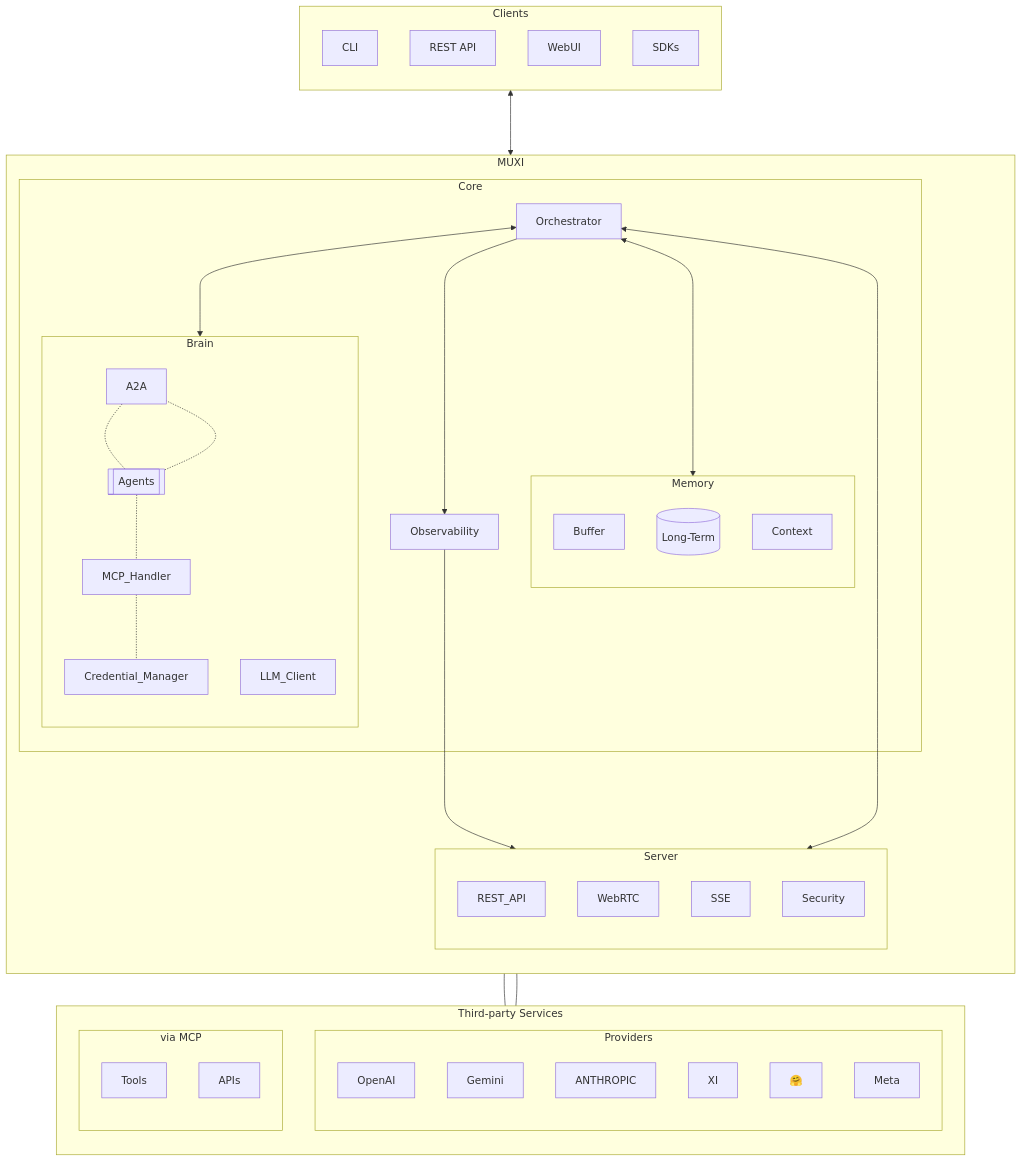
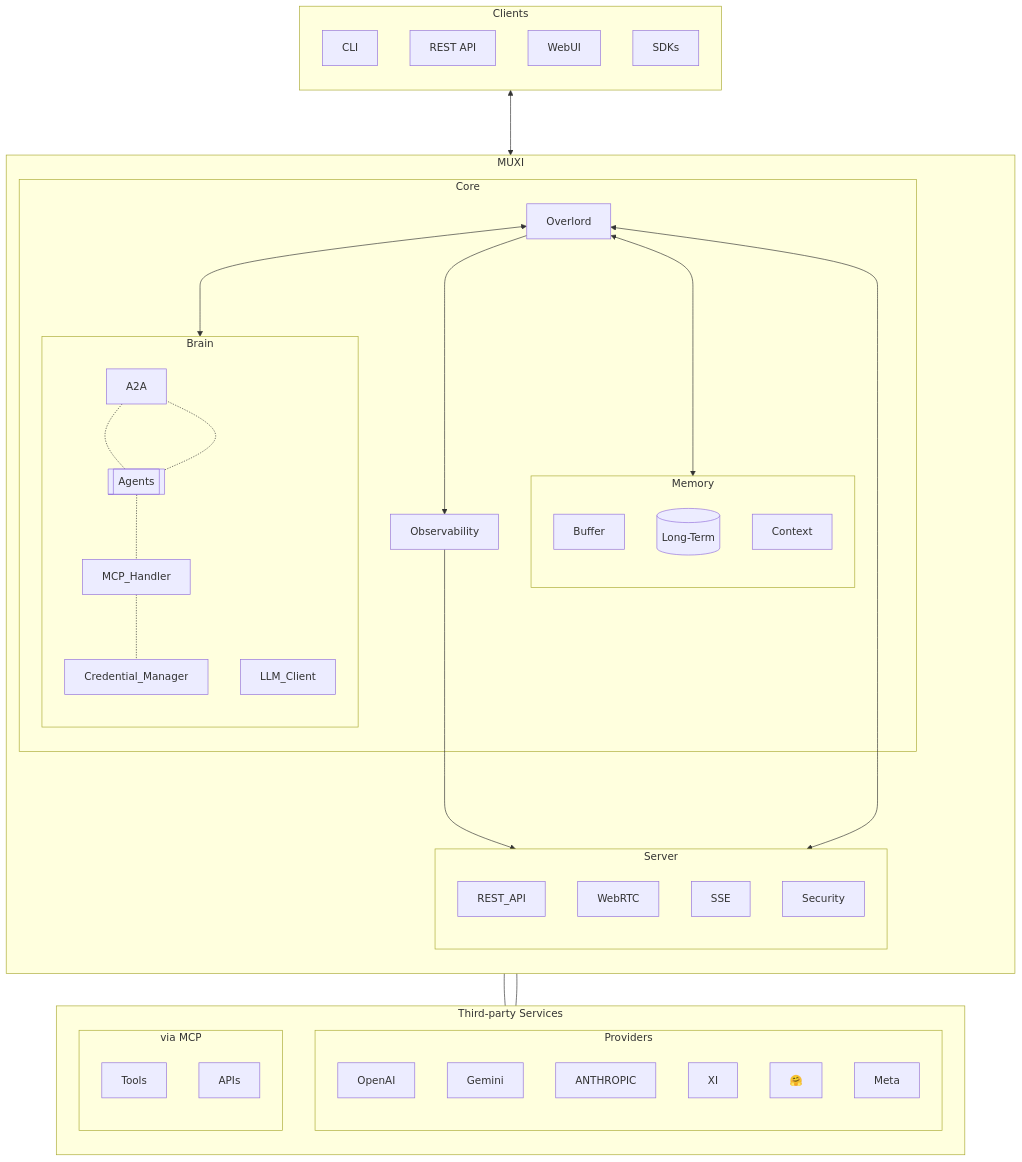
One commit to muxi-ai/runtime changed the diagram in .context/prds/prd-restructure.md. Above: the diagram before and after it, drawn with Mermaid. The commit also changed other lines of this file and 56 other files, not shown here.

First line of the commit message:
Refactor Orchestrator to Overlord across the codebase

````diff
--- a/.context/prds/prd-restructure.md
+++ b/.context/prds/prd-restructure.md
@@ -75,70 +75,70 @@
 ```mermaid
 flowchart TB
     subgraph Third_Party_Services["Third-party Services"]
         direction TB
         subgraph Providers
             direction TB
             OpenAI["OpenAI"]
             Gemini["Gemini"]
             Anthropic["ANTHROPIC"]
             XI["XI"]
             Hugging_Face["🤗"]
             Meta["Meta"]
         end
         subgraph Services["via MCP"]
             direction TB
             Tools["Tools"]
             APIs["APIs"]
         end
     end
 
     subgraph MUXI
         direction TB
         subgraph Server
             direction TB
             REST_API
             WebRTC
             SSE
             Security
         end
         subgraph Core
-            Orchestrator
+            Overlord
             Observability
             subgraph Memory
                 direction TB
                 Buffer
                 Long_Term[(Long-Term)]
                 Context
             end
             subgraph Brain
                 direction TB
                 A2A
                 Agents[[Agents]]
                 MCP_Handler
                 LLM_Client
                 Credential_Manager
             end
         end
     end
 
     subgraph Clients
         direction TB
         CLI["CLI"]
         API["REST API"]
         Web["WebUI"]
         SDKs["SDKs"]
     end
 
     Clients <---> Server
-    Server <---> Orchestrator
-    Orchestrator <---> Brain
-    Orchestrator <---> Memory
-    Orchestrator ---> Observability
+    Server <---> Overlord
+    Overlord <---> Brain
+    Overlord <---> Memory
+    Overlord ---> Observability
     Observability ---> Server
 
     Agents -.- A2A -.- Agents
     Agents -.- MCP_Handler
     LLM_Client --- Providers
     MCP_Handler -.- Credential_Manager
     MCP_Handler --- Services
 ```
````
